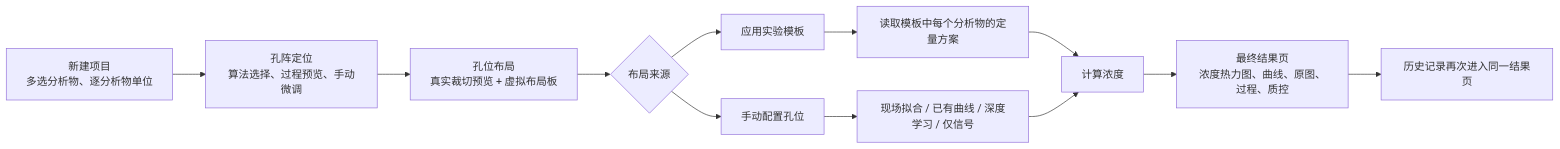
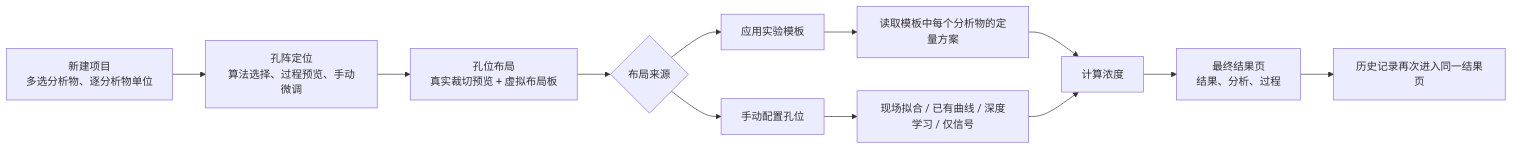
The diagram in README.md (xiewangzhenyan/FluoColor), drawn with Mermaid before and after one commit. The commit also changed other lines of this file and 95 other files, not shown here.

````diff
--- a/README.md
+++ b/README.md
@@ -155,14 +159,14 @@
 ```mermaid
 flowchart LR
     A["新建项目<br/>多选分析物、逐分析物单位"] --> B["孔阵定位<br/>算法选择、过程预览、手动微调"]
     B --> C["孔位布局<br/>真实裁切预览 + 虚拟布局板"]
     C --> D{"布局来源"}
     D --> E["应用实验模板"]
     D --> F["手动配置孔位"]
     E --> G["读取模板中每个分析物的定量方案"]
     F --> H["现场拟合 / 已有曲线 / 深度学习 / 仅信号"]
     G --> I["计算浓度"]
     H --> I
-    I --> J["最终结果页<br/>浓度热力图、曲线、原图、过程、质控"]
+    I --> J["最终结果页<br/>结果、分析、过程"]
     J --> K["历史记录再次进入同一结果页"]
 ```
````
